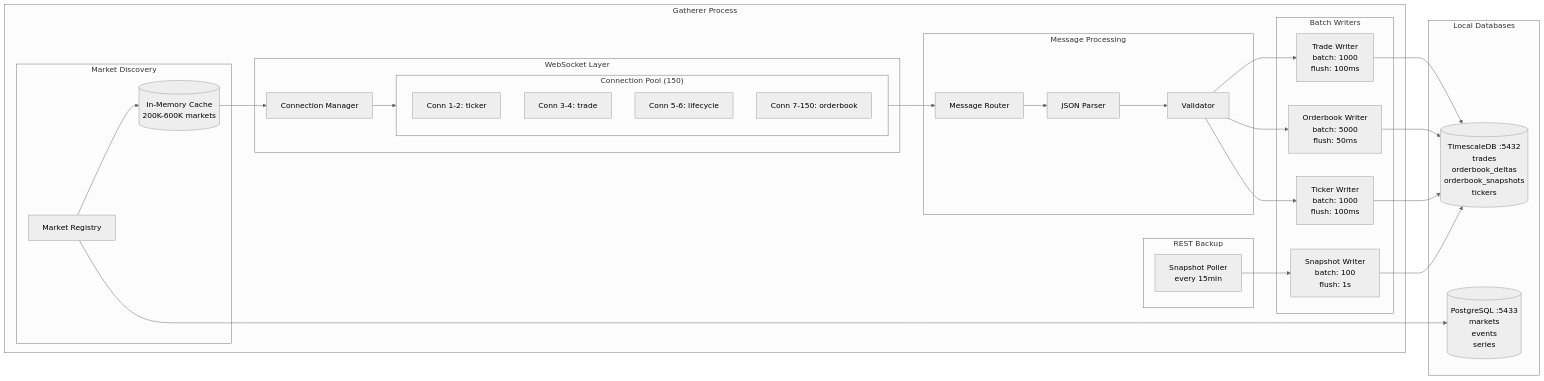
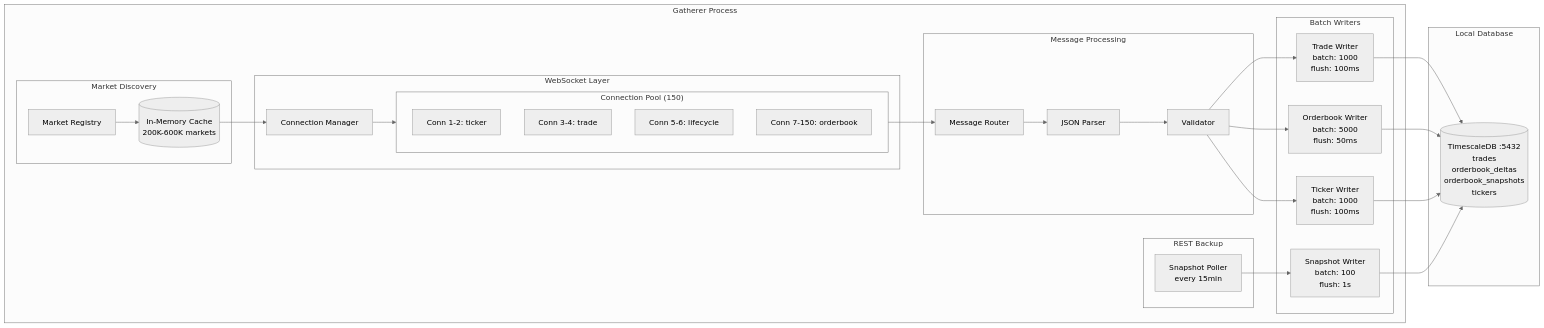
One commit to Projectsrxg/kalshi_v2 changed the second of 9 diagrams in docs/kalshi-data/architecture/overall_arch.md. Above: the diagram before and after it, drawn with Mermaid (neutral theme). The commit also changed other lines of this file and 27 other files, not shown here.

````diff
--- a/docs/kalshi-data/architecture/overall_arch.md
+++ b/docs/kalshi-data/architecture/overall_arch.md
@@ -136,51 +132,49 @@
 ```mermaid
 flowchart LR
     subgraph Gatherer["Gatherer Process"]
         subgraph Discovery["Market Discovery"]
             MR[Market Registry]
             MR_CACHE[(In-Memory Cache<br/>200K-600K markets)]
         end
 
         subgraph WebSocket["WebSocket Layer"]
             CM[Connection Manager]
             subgraph Pool["Connection Pool (150)"]
                 WS1[Conn 1-2: ticker]
                 WS2[Conn 3-4: trade]
                 WS3[Conn 5-6: lifecycle]
                 WS4[Conn 7-150: orderbook]
             end
         end
 
         subgraph Routing["Message Processing"]
             RT[Message Router]
             PARSE[JSON Parser]
             VALID[Validator]
         end
 
         subgraph Writers["Batch Writers"]
             TW[Trade Writer<br/>batch: 1000<br/>flush: 100ms]
             OW[Orderbook Writer<br/>batch: 5000<br/>flush: 50ms]
             KW[Ticker Writer<br/>batch: 1000<br/>flush: 100ms]
             SW[Snapshot Writer<br/>batch: 100<br/>flush: 1s]
         end
 
         subgraph Backup["REST Backup"]
             SP[Snapshot Poller<br/>every 15min]
         end
     end
 
-    subgraph LocalDB["Local Databases"]
+    subgraph LocalDB["Local Database"]
         TS[("TimescaleDB :5432<br/>trades<br/>orderbook_deltas<br/>orderbook_snapshots<br/>tickers")]
-        PG[("PostgreSQL :5433<br/>markets<br/>events<br/>series")]
     end
 
     MR --> MR_CACHE
     MR_CACHE --> CM
     CM --> Pool
     Pool --> RT
     RT --> PARSE --> VALID
     VALID --> TW & OW & KW
     SP --> SW
-    MR --> PG
     TW & OW & KW & SW --> TS
 ```
````
